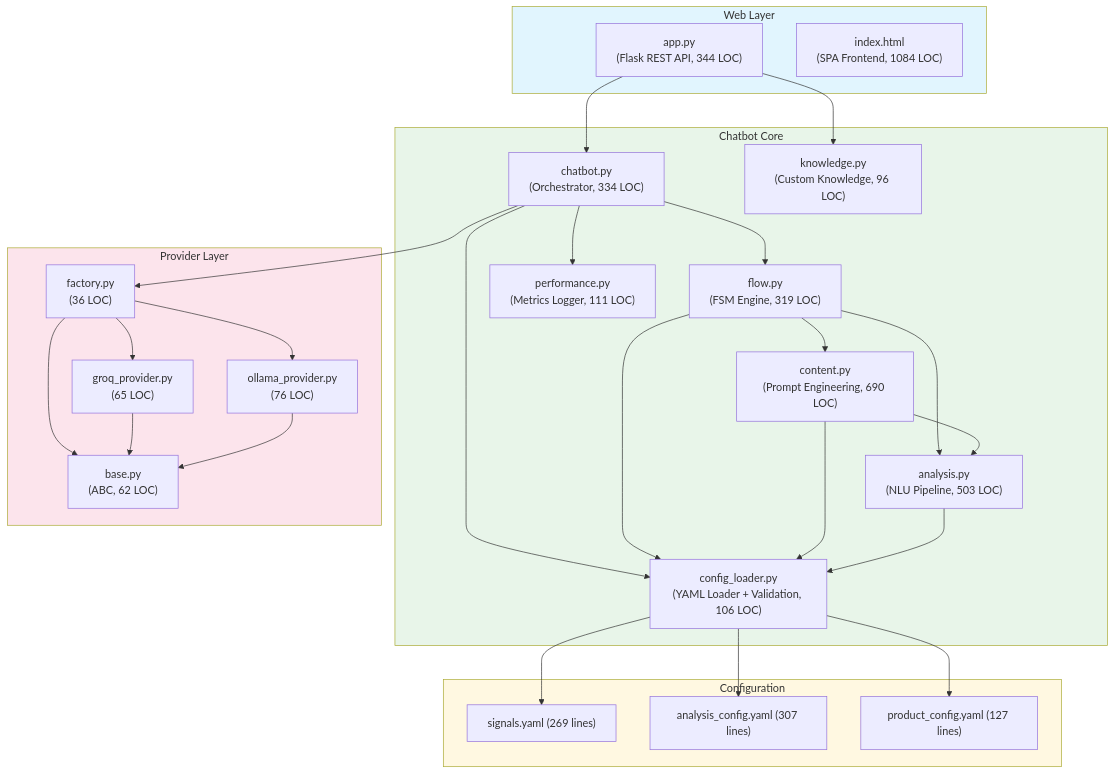
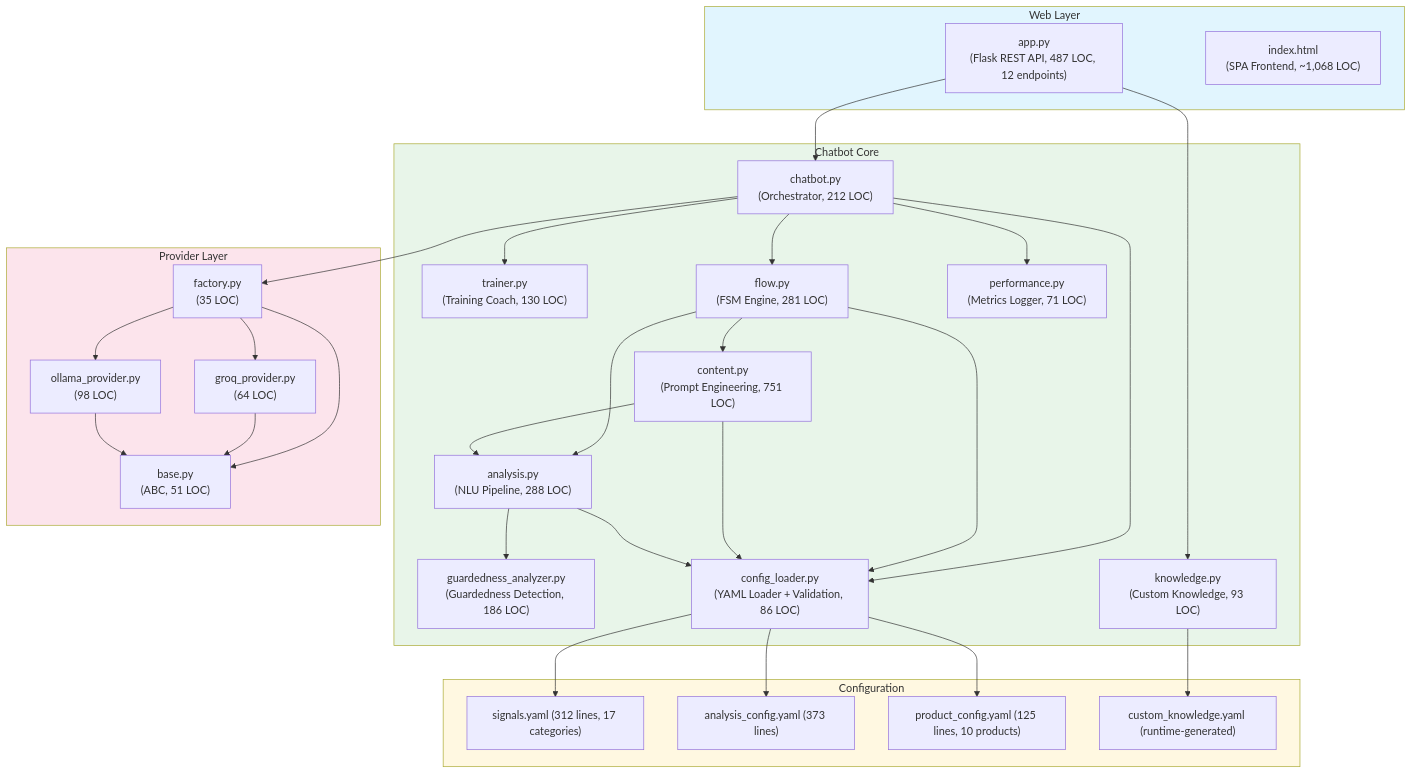
Diagram 11 of 46 in architecture diagrams.md (shaf-aston/FYP-sales-training-tool), drawn with Mermaid before and after one commit. The commit also changed other lines of this file and 21 other files, not shown here.

First line of the commit message:
refactor(content.py): align to NEPQ methodology, remove prompt redundancies

````diff
--- a/architecture diagrams.md
+++ b/architecture diagrams.md
@@ -445,61 +660,67 @@
 ```mermaid
 flowchart TD
     subgraph WEB["Web Layer"]
-        app["app.py<br/>(Flask REST API, 344 LOC)"]
-        html["index.html<br/>(SPA Frontend, 1084 LOC)"]
+        app["app.py<br/>(Flask REST API, 487 LOC, 12 endpoints)"]
+        html["index.html<br/>(SPA Frontend, ~1,068 LOC)"]
     end
 
     subgraph CHATBOT["Chatbot Core"]
-        chatbot["chatbot.py<br/>(Orchestrator, 334 LOC)"]
-        flow["flow.py<br/>(FSM Engine, 319 LOC)"]
-        content["content.py<br/>(Prompt Engineering, 690 LOC)"]
-        analysis["analysis.py<br/>(NLU Pipeline, 503 LOC)"]
-        perf["performance.py<br/>(Metrics Logger, 111 LOC)"]
-        knowledge["knowledge.py<br/>(Custom Knowledge, 96 LOC)"]
-        loader["config_loader.py<br/>(YAML Loader + Validation, 106 LOC)"]
+        chatbot["chatbot.py<br/>(Orchestrator, 212 LOC)"]
+        trainer["trainer.py<br/>(Training Coach, 130 LOC)"]
+        flow["flow.py<br/>(FSM Engine, 281 LOC)"]
+        content["content.py<br/>(Prompt Engineering, 751 LOC)"]
+        analysis["analysis.py<br/>(NLU Pipeline, 288 LOC)"]
+        guardedness["guardedness_analyzer.py<br/>(Guardedness Detection, 186 LOC)"]
+        perf["performance.py<br/>(Metrics Logger, 71 LOC)"]
+        knowledge["knowledge.py<br/>(Custom Knowledge, 93 LOC)"]
+        loader["config_loader.py<br/>(YAML Loader + Validation, 86 LOC)"]
     end
 
     subgraph PROVIDERS["Provider Layer"]
-        factory["factory.py<br/>(36 LOC)"]
-        base["base.py<br/>(ABC, 62 LOC)"]
-        groq["groq_provider.py<br/>(65 LOC)"]
-        ollama["ollama_provider.py<br/>(76 LOC)"]
+        factory["factory.py<br/>(35 LOC)"]
+        base["base.py<br/>(ABC, 51 LOC)"]
+        groq["groq_provider.py<br/>(64 LOC)"]
+        ollama["ollama_provider.py<br/>(98 LOC)"]
     end
 
     subgraph CONFIG["Configuration"]
-        signals["signals.yaml (269 lines)"]
-        analysiscfg["analysis_config.yaml (307 lines)"]
-        productcfg["product_config.yaml (127 lines)"]
+        signals["signals.yaml (312 lines, 17 categories)"]
+        analysiscfg["analysis_config.yaml (373 lines)"]
+        productcfg["product_config.yaml (125 lines, 10 products)"]
+        customcfg["custom_knowledge.yaml (runtime-generated)"]
     end
 
     app --> chatbot
     app --> knowledge
+    chatbot --> trainer
     chatbot --> flow
     chatbot --> loader
     chatbot --> perf
     chatbot --> factory
 
     flow --> content
     flow --> analysis
     flow --> loader
 
     content --> analysis
     content --> loader
 
+    analysis --> guardedness
     analysis --> loader
 
     factory --> base
     factory --> groq
     factory --> ollama
     groq --> base
     ollama --> base
 
     loader --> signals
     loader --> analysiscfg
     loader --> productcfg
+    knowledge --> customcfg
 
     style WEB fill:#e1f5fe
     style CHATBOT fill:#e8f5e9
     style PROVIDERS fill:#fce4ec
     style CONFIG fill:#fff8e1
 ```
````
